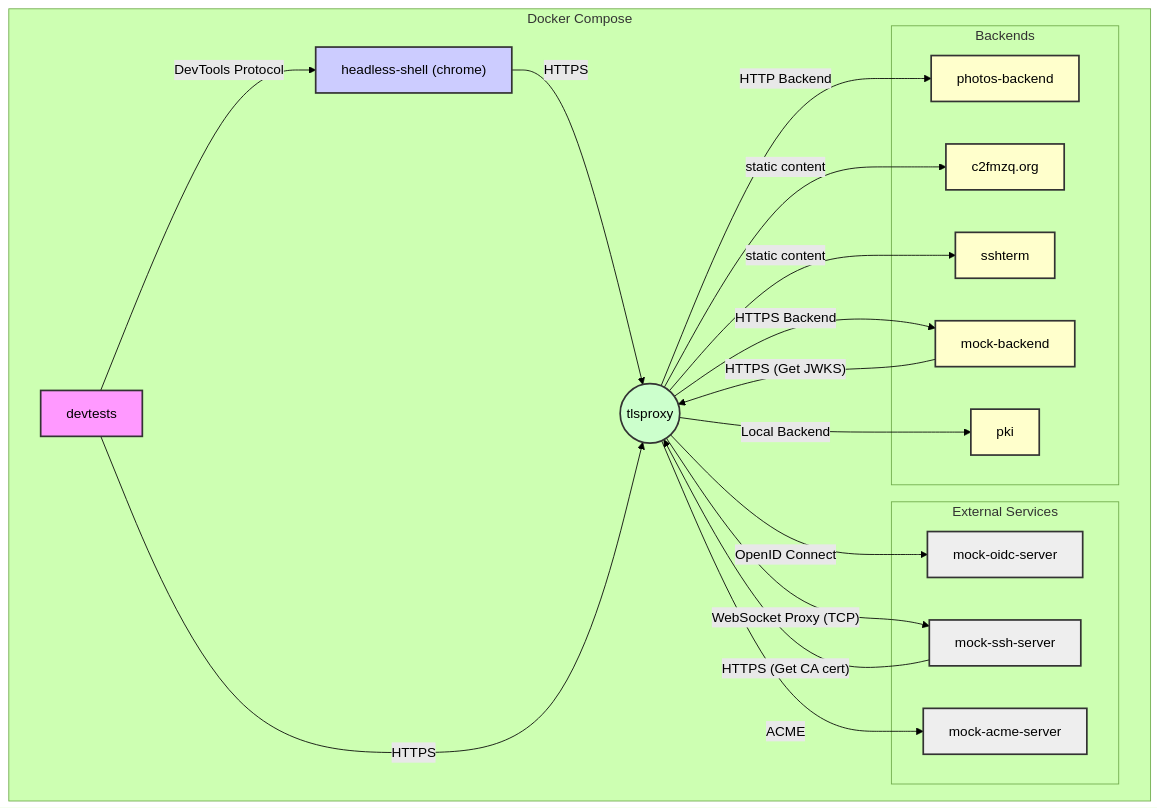
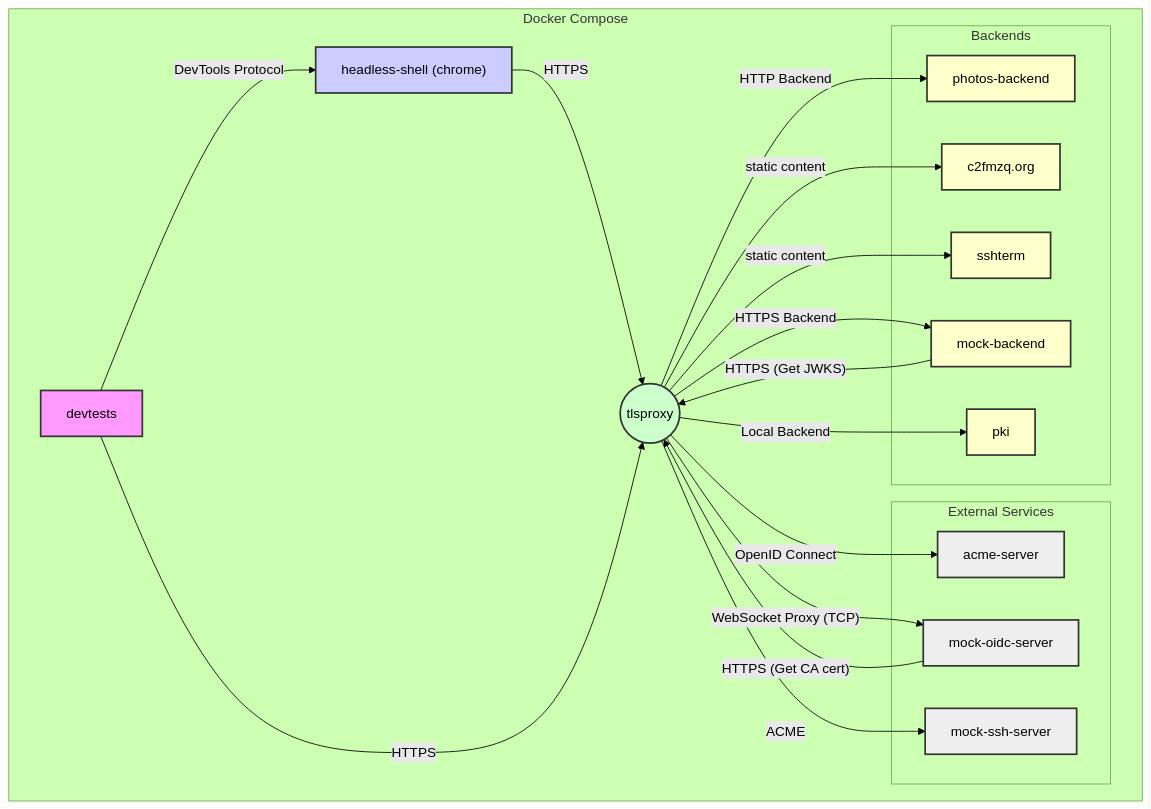
The diagram in README.md (c2FmZQ/integration-tests), drawn with Mermaid (forest theme) before and after one commit. The commit also changed other lines of this file and 7 other files, not shown here.

````diff
--- a/README.md
+++ b/README.md
@@ -9,46 +9,46 @@
 ```mermaid
 graph TD
     subgraph "Docker Compose"
         A[devtests]
         B["headless-shell (chrome)"];
         P((tlsproxy));
         subgraph "External Services"
-            S1[mock-oidc-server];
-            S2[mock-ssh-server];
-            S3[mock-acme-server];
+            S1[acme-server];
+            S2[mock-oidc-server];
+            S3[mock-ssh-server];
         end
         subgraph "Backends"
             B1[photos-backend];
             B2[c2fmzq.org];
             B3[sshterm];
             B4[mock-backend];
             B5[pki]
         end
     end
 
     A -->|DevTools Protocol| B;
     B -->|HTTPS| P;
     A -->|HTTPS| P;
     P -->|"OpenID Connect"| S1;
     P -->|"WebSocket Proxy (TCP)"| S2;
     P -->|"ACME"| S3;
     S2 -->|"HTTPS (Get CA cert)"| P;
     P -->|HTTP Backend| B1;
     P -->|static content| B2;
     P -->|static content| B3;
     P -->|HTTPS Backend| B4;
     B4 -->|"HTTPS (Get JWKS)"| P
     P -->|Local Backend| B5;
 
     style S1 fill:#eee,stroke:#333,stroke-width:2px
     style S2 fill:#eee,stroke:#333,stroke-width:2px
     style S3 fill:#eee,stroke:#333,stroke-width:2px
     style A fill:#f9f,stroke:#333,stroke-width:2px
     style B fill:#ccf,stroke:#333,stroke-width:2px
     style P fill:#cfc,stroke:#333,stroke-width:2px
     style B1 fill:#ffc,stroke:#333,stroke-width:2px
     style B2 fill:#ffc,stroke:#333,stroke-width:2px
     style B3 fill:#ffc,stroke:#333,stroke-width:2px
     style B4 fill:#ffc,stroke:#333,stroke-width:2px
     style B5 fill:#ffc,stroke:#333,stroke-width:2px
 ```
````
